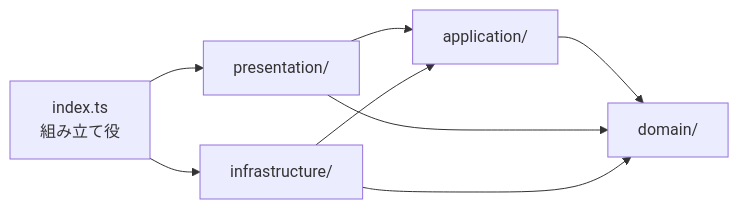
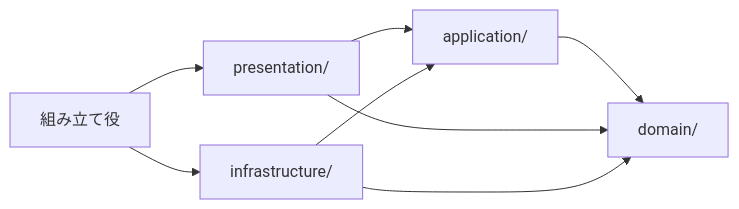
The third of 5 diagrams in DESIGN.md (Luna-rab/ga-rules), drawn with Mermaid before and after one commit. The commit also changed other lines of this file and 8 other files, not shown here.

````diff
--- a/DESIGN.md
+++ b/DESIGN.md
@@ -140,10 +143,10 @@
 ```mermaid
 flowchart LR
-    M[index.ts<br/>組み立て役] --> P[presentation/]
+    M[組み立て役] --> P[presentation/]
     M --> I[infrastructure/]
     P --> A[application/]
     I --> A
     A --> D[domain/]
     P --> D
     I --> D
 ```
````
